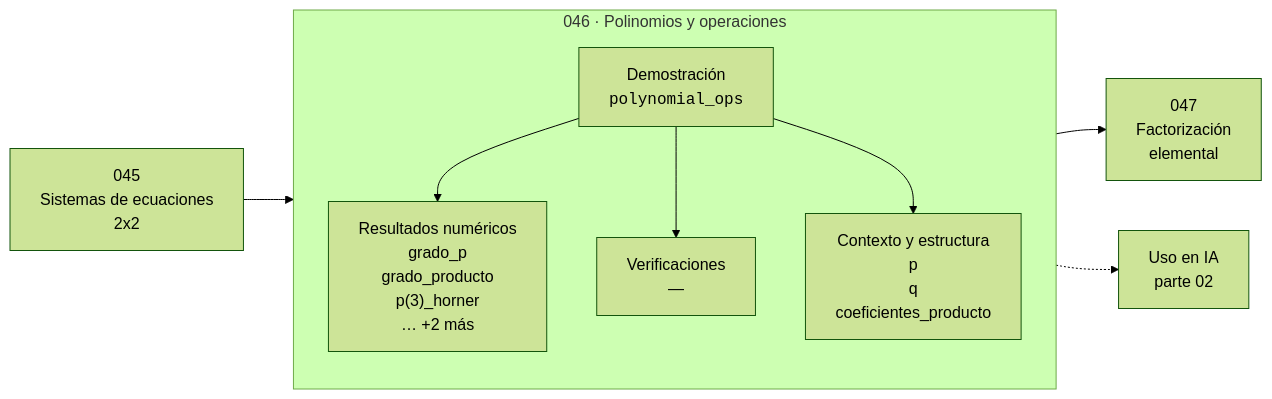
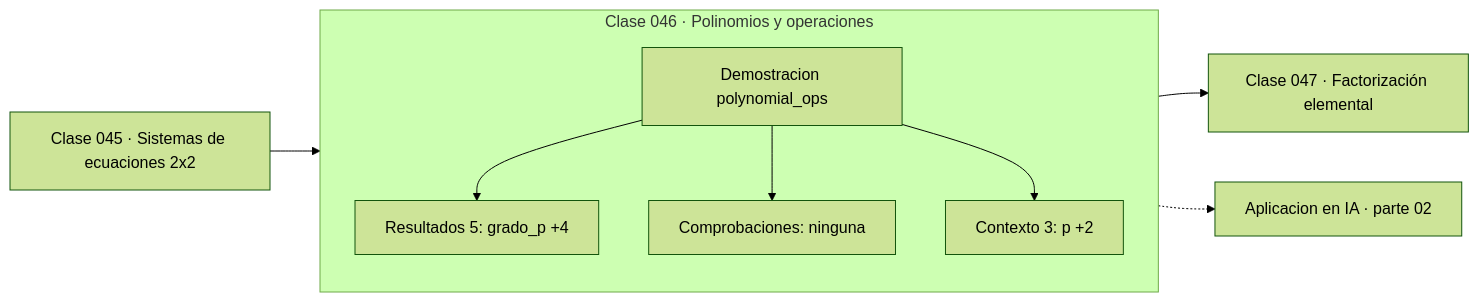
Before and after one commit to vladimiracunadev-create/computational-mathematics-program: the diagram in classes/part-02-algebra-y-funciones/046-polinomios-y-operaciones/README.md, drawn with Mermaid (forest theme). The commit also changed 389 other files, not shown here.

First line of the commit message:
fix(diagramas): elimina el HTML de las etiquetas Mermaid

````diff
--- a/classes/part-02-algebra-y-funciones/046-polinomios-y-operaciones/README.md
+++ b/classes/part-02-algebra-y-funciones/046-polinomios-y-operaciones/README.md
@@ -36,12 +36,13 @@
 ```mermaid
 flowchart LR
-    P["045<br/>Sistemas de ecuaciones<br/>2x2"] --> C
-    subgraph C["046 · Polinomios y operaciones"]
+    P["Clase 045 · Sistemas de ecuaciones 2x2"] --> D
+    subgraph CLASE["Clase 046 · Polinomios y operaciones"]
         direction TB
-        D["Demostración<br/><code>polynomial_ops</code>"] --> R["Resultados numéricos<br/>grado_p<br/>grado_producto<br/>p(3)_horner<br/>… +2 más"]
-        D --> V["Verificaciones<br/>—"]
-        D --> O["Contexto y estructura<br/>p<br/>q<br/>coeficientes_producto"]
+        D["Demostracion polynomial_ops"]
+        D --> R["Resultados 5: grado_p +4"]
+        D --> V["Comprobaciones: ninguna"]
+        D --> O["Contexto 3: p +2"]
     end
-    C --> N["047<br/>Factorización<br/>elemental"]
-    C -.-> IA["Uso en IA<br/>parte 02"]
+    R --> N["Clase 047 · Factorización elemental"]
+    V -.-> IA["Aplicacion en IA · parte 02"]
 ```
````
